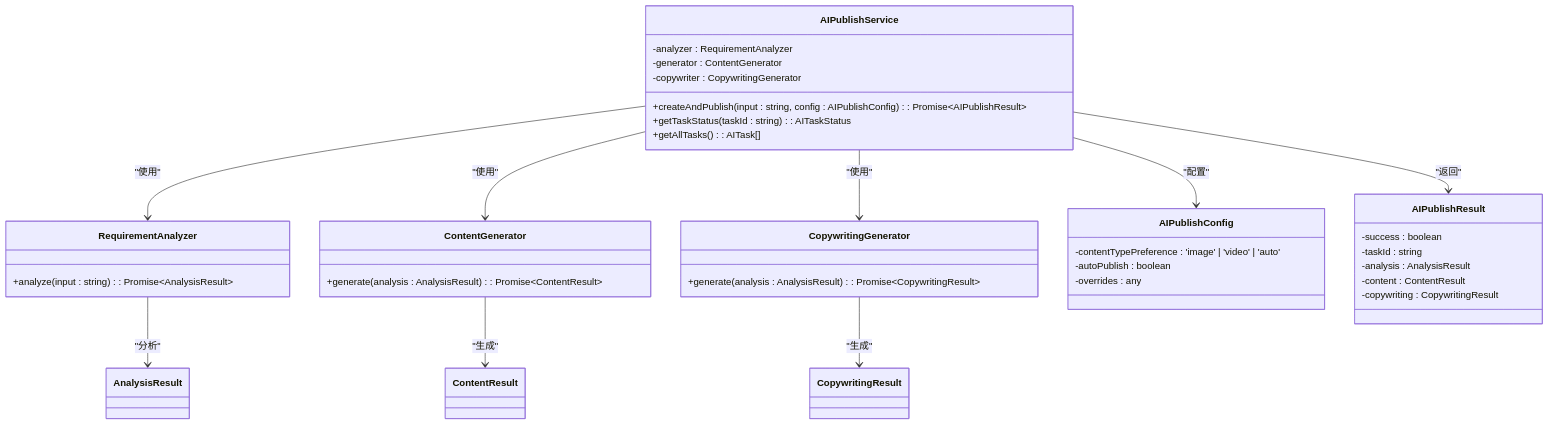
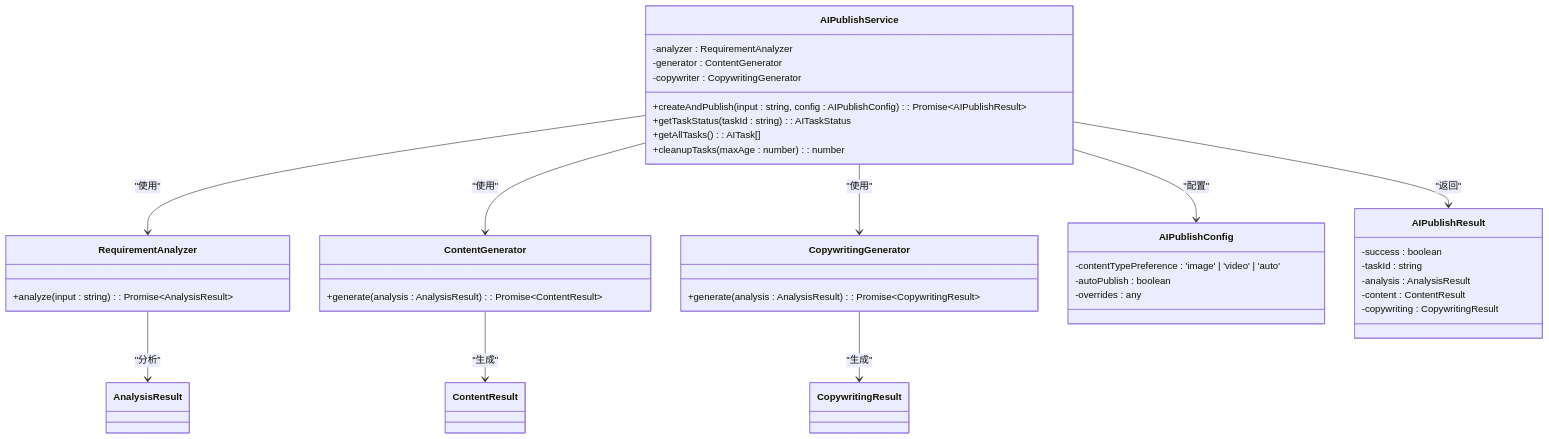
Before and after one commit to songdiyang/clawOperations: the tenth of 17 diagrams in .qoder/repowiki/zh/content/核心模块详解/Web界面系统/Web界面系统.md, drawn with Mermaid. The commit also changed other lines of this file and 10 other files, not shown here.

````diff
--- a/.qoder/repowiki/zh/content/核心模块详解/Web界面系统/Web界面系统.md
+++ b/.qoder/repowiki/zh/content/核心模块详解/Web界面系统/Web界面系统.md
@@ -500,40 +545,41 @@
 ```mermaid
 classDiagram
 class AIPublishService {
 -analyzer : RequirementAnalyzer
 -generator : ContentGenerator
 -copywriter : CopywritingGenerator
 +createAndPublish(input : string, config : AIPublishConfig) : Promise~AIPublishResult~
 +getTaskStatus(taskId : string) : AITaskStatus
 +getAllTasks() : AITask[]
++cleanupTasks(maxAge : number) : number
 }
 class RequirementAnalyzer {
 +analyze(input : string) : Promise~AnalysisResult~
 }
 class ContentGenerator {
 +generate(analysis : AnalysisResult) : Promise~ContentResult~
 }
 class CopywritingGenerator {
 +generate(analysis : AnalysisResult) : Promise~CopywritingResult~
 }
 class AIPublishConfig {
 -contentTypePreference : 'image' | 'video' | 'auto'
 -autoPublish : boolean
 -overrides : any
 }
 class AIPublishResult {
 -success : boolean
 -taskId : string
 -analysis : AnalysisResult
 -content : ContentResult
 -copywriting : CopywritingResult
 }
 AIPublishService --> RequirementAnalyzer : "使用"
 AIPublishService --> ContentGenerator : "使用"
 AIPublishService --> CopywritingGenerator : "使用"
 AIPublishService --> AIPublishConfig : "配置"
 AIPublishService --> AIPublishResult : "返回"
 RequirementAnalyzer --> AnalysisResult : "分析"
 ContentGenerator --> ContentResult : "生成"
 CopywritingGenerator --> CopywritingResult : "生成"
 ```
````
